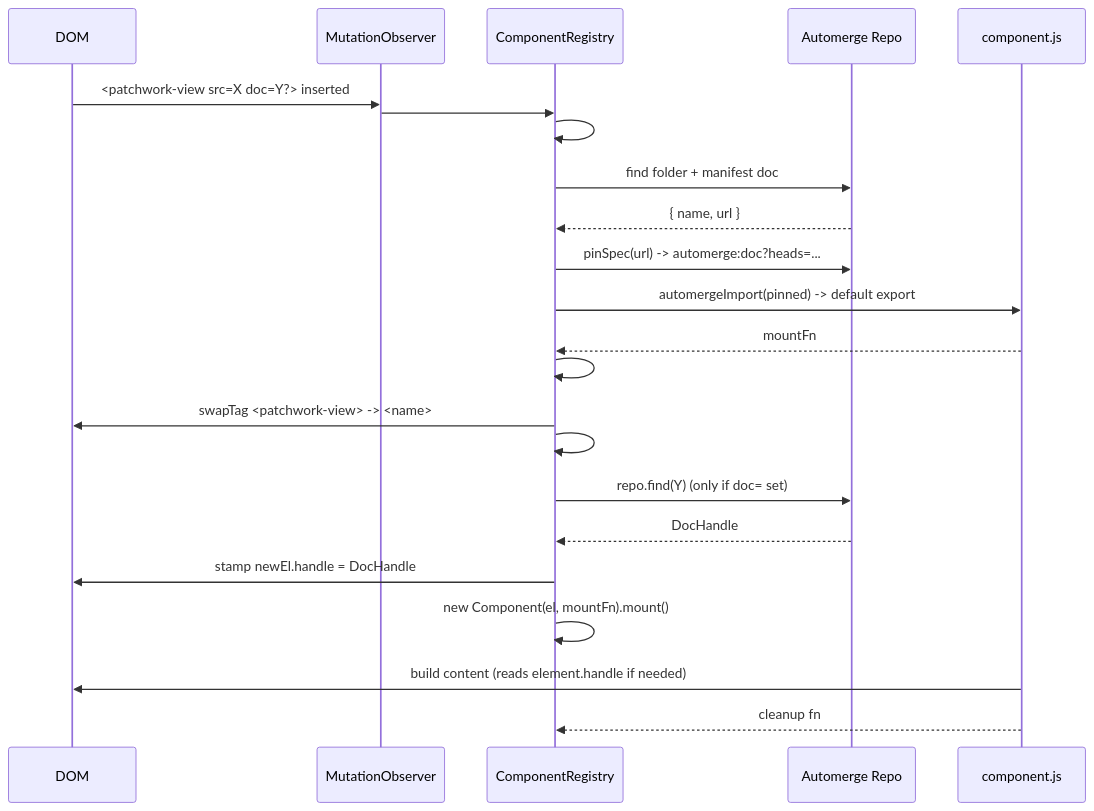
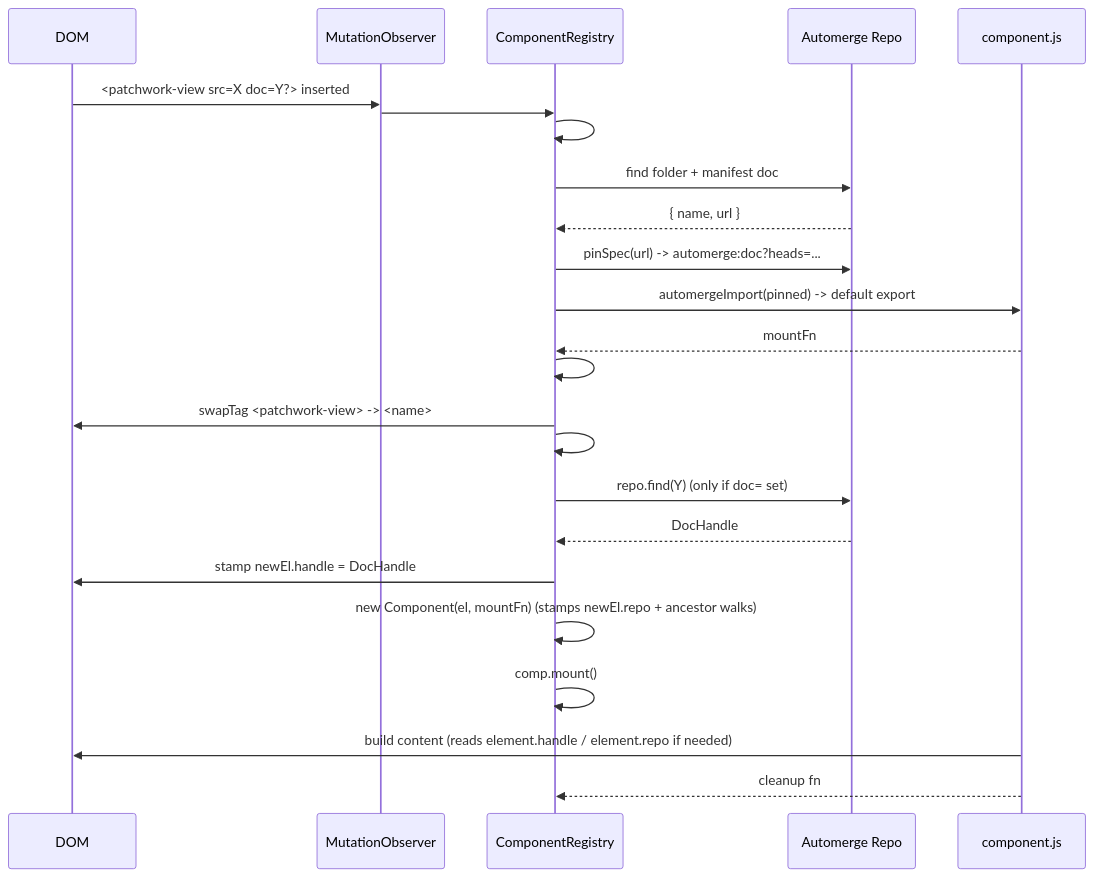
Before and after one commit to paulsonnentag/overlock-patchwork: the diagram in docs/lifecycle.md, drawn with Mermaid. The commit also changed 36 other files, not shown here.

````diff
--- a/docs/lifecycle.md
+++ b/docs/lifecycle.md
@@ -10,26 +10,27 @@
 ```mermaid
 sequenceDiagram
   participant DOM
   participant MO as MutationObserver
   participant Reg as ComponentRegistry
   participant Repo as Automerge Repo
   participant Mod as component.js
 
   DOM->>MO: <patchwork-view src=X doc=Y?> inserted
   MO->>Reg: #handleElement(el)
   Reg->>Reg: #ensureLoaded(X) (dedupes parallel calls)
   Reg->>Repo: find folder + manifest doc
   Repo-->>Reg: { name, url }
   Reg->>Repo: pinSpec(url) -> automerge:doc?heads=...
   Reg->>Mod: automergeImport(pinned) -> default export
   Mod-->>Reg: mountFn
   Reg->>Reg: #registerComponent(name, mountFn) (collision -> throw)
   Reg->>DOM: swapTag <patchwork-view> -> <name>
   Reg->>Reg: #resolveContext(newEl) — read doc=, find <automerge-repo>
   Reg->>Repo: repo.find(Y) (only if doc= set)
   Repo-->>Reg: DocHandle
   Reg->>DOM: stamp newEl.handle = DocHandle
-  Reg->>Reg: new Component(el, mountFn).mount()
-  Mod->>DOM: build content (reads element.handle if needed)
+  Reg->>Reg: new Component(el, mountFn) (stamps newEl.repo + ancestor walks)
+  Reg->>Reg: comp.mount()
+  Mod->>DOM: build content (reads element.handle / element.repo if needed)
   Mod-->>Reg: cleanup fn
 ```
````
